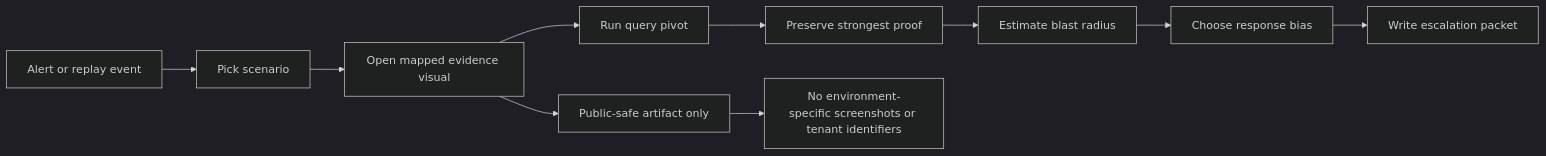
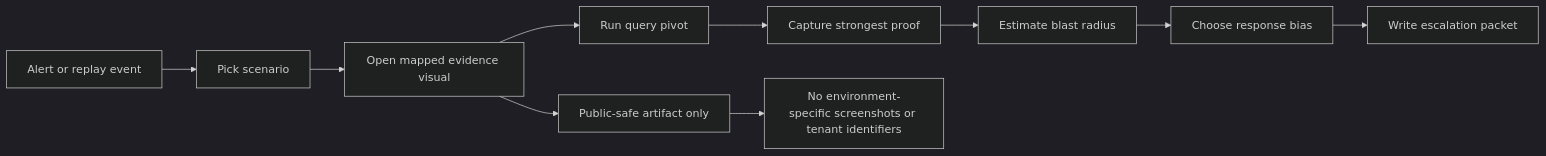
Before and after one commit to Kalla-Bhanu/CloudSec-SOC-Detection-Lab: the fourth of 5 diagrams in docs/architecture-and-flowcharts.md, drawn with Mermaid (dark theme). The commit also changed other lines of this file and 37 other files, not shown here.

````diff
--- a/docs/architecture-and-flowcharts.md
+++ b/docs/architecture-and-flowcharts.md
@@ -91,13 +91,13 @@
 ```mermaid
 flowchart LR
   A[Alert or replay event] --> B[Pick scenario]
   B --> C[Open mapped evidence visual]
   C --> D[Run query pivot]
-  D --> E[Preserve strongest proof]
+  D --> E[Capture strongest proof]
   E --> F[Estimate blast radius]
   F --> G[Choose response bias]
   G --> H[Write escalation packet]
 
   C --> I[Public-safe artifact only]
   I --> J[No environment-specific screenshots or tenant identifiers]
 ```
````
